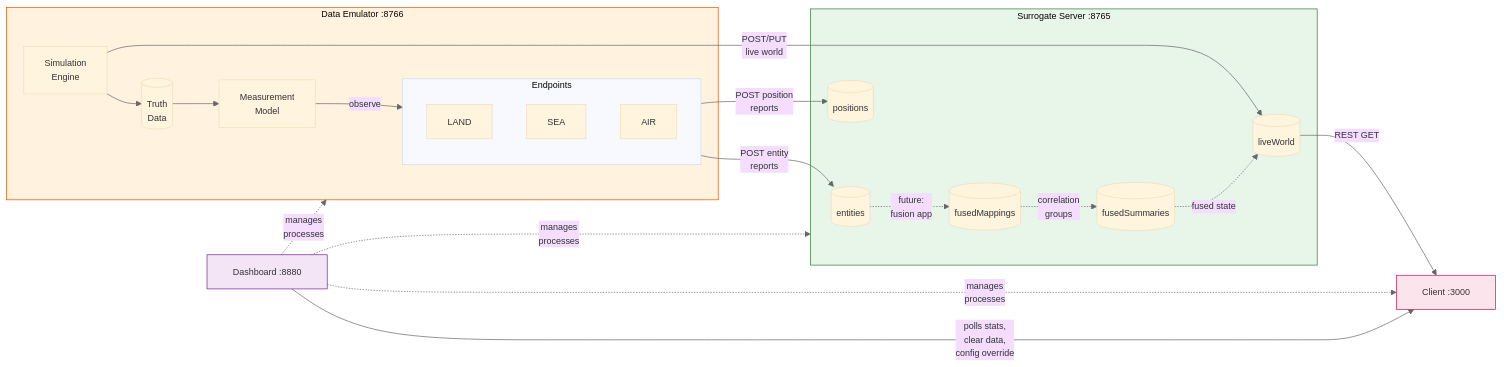
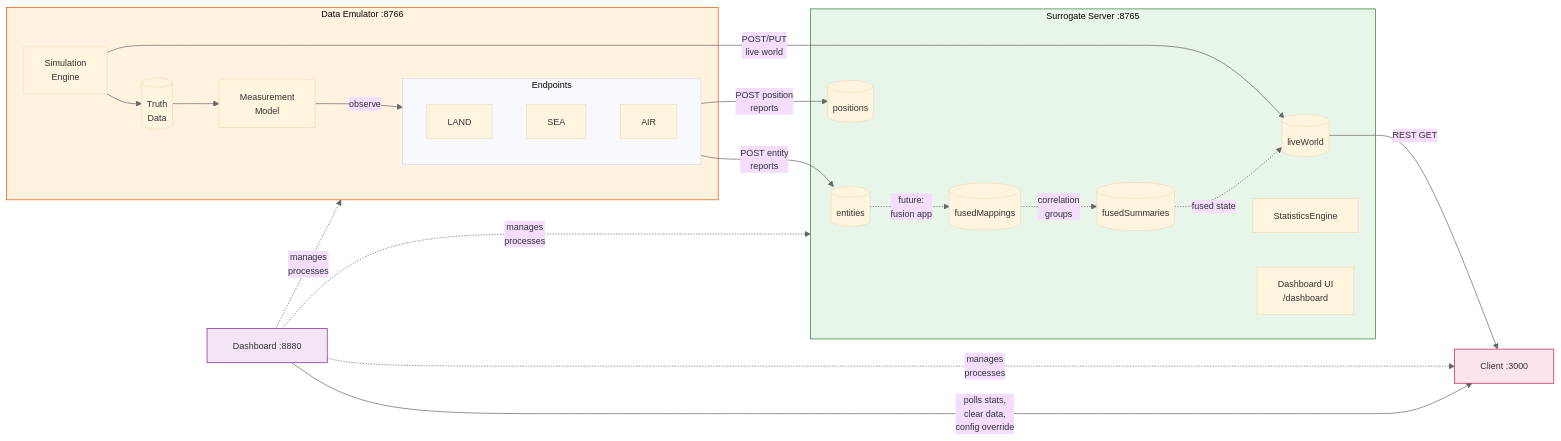
Before and after one commit to ericpauls/disco_workspace: the first of 2 diagrams in docs/system-architecture-diagram.md, drawn with Mermaid. The commit also changed 1 other file, not shown here.

Commit message:
docs: Synthetic data generator docs, fix prototype registry, update architecture diagram
- Added Section 10.7: comprehensive synthetic data generator documentation
- Fixed Section 11.4: observation_context → entity_report_lob (match capabilities.ts)
- Added live_world_batch_upsert to Active Prototypes table
- Added StatisticsEngine and Dashboard UI to system architecture diagram
- Updated surrogate server submodule (live world generation)

````diff
--- a/docs/system-architecture-diagram.md
+++ b/docs/system-architecture-diagram.md
@@ -7,50 +7,52 @@
 ```mermaid
 %%{init: {'theme': 'base', 'themeVariables': { 'lineColor': '#666', 'fontSize': '13px'}}}%%
 flowchart LR
     subgraph emu["&nbsp;&nbsp;Data Emulator :8766&nbsp;&nbsp;"]
         sim["Simulation<br/>Engine"]
         truth[("Truth<br/>Data")]
         mm["Measurement<br/>Model"]
         subgraph eps["Endpoints"]
             ep1["LAND"]
             ep2["SEA"]
             ep3["AIR"]
         end
         sim --> truth
         truth --> mm
         mm -->|observe| eps
     end
 
     subgraph srv["&nbsp;&nbsp;Surrogate Server :8765&nbsp;&nbsp;"]
         ent[("entities")]
         pos[("positions")]
         lw[("liveWorld")]
         fm[("fusedMappings")]
         fs[("fusedSummaries")]
+        stats["StatisticsEngine"]
+        srvDash["Dashboard UI<br/>/dashboard"]
     end
 
     ui["&nbsp;&nbsp;Client :3000&nbsp;&nbsp;"]
     dash["&nbsp;&nbsp;Dashboard :8880&nbsp;&nbsp;"]
 
     eps -->|POST entity<br/>reports| ent
     eps -->|POST position<br/>reports| pos
     sim -->|POST/PUT<br/>live world| lw
     ent -.->|future:<br/>fusion app| fm
     fm -.->|correlation<br/>groups| fs
     fs -.->|fused state| lw
     lw -->|REST GET| ui
     dash -.->|manages<br/>processes| emu
     dash -.->|manages<br/>processes| srv
     dash -.->|manages<br/>processes| ui
     dash -->|polls stats,<br/>clear data,<br/>config override| ui
 
     classDef emuStyle fill:#fff3e0,stroke:#e65100
     classDef srvStyle fill:#e8f5e9,stroke:#2e7d32
     classDef uiStyle fill:#fce4ec,stroke:#c2185b
     classDef dashStyle fill:#f3e5f5,stroke:#7b1fa2
 
     class emu emuStyle
     class srv srvStyle
     class ui uiStyle
     class dash dashStyle
 ```
````
